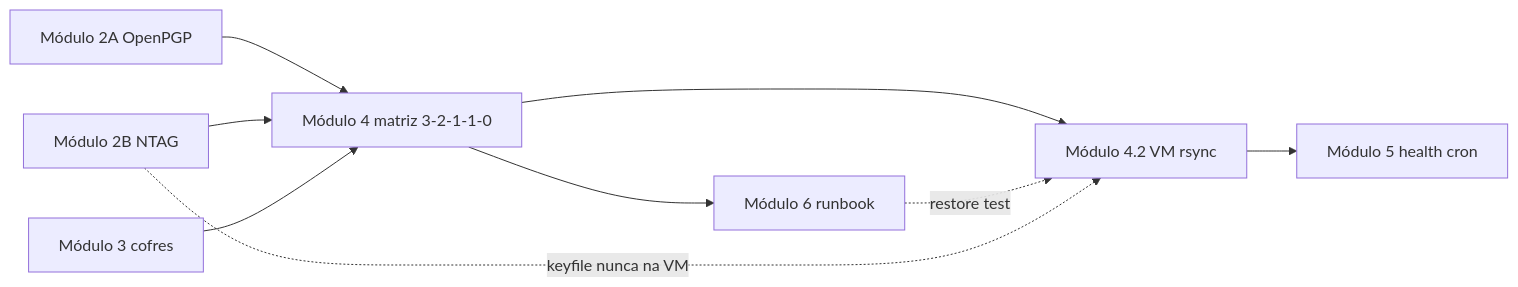
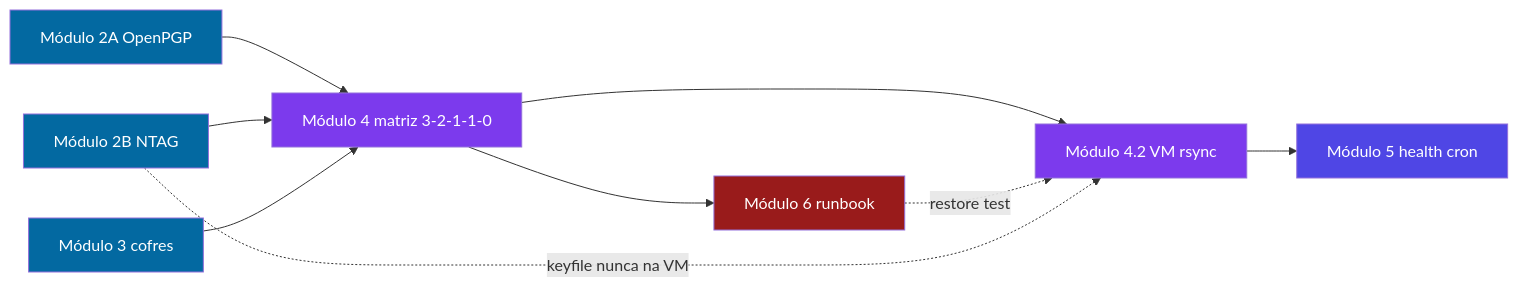
One commit to VIPs-com/Zero-Trust-Core changed the fifth of 9 diagrams in 🎓 Zero-Trust-Core-Expert - Versão 1.0.md. Above: the diagram before and after it, drawn with Mermaid. The commit also changed other lines of this file and 5 other files, not shown here.

First line of the commit message:
Adiciona cores nos diagramas Mermaid e docs/DIAGRAMAS-VISUAIS.md.

````diff
--- a/🎓 Zero-Trust-Core-Expert - Versão 1.0.md
+++ b/🎓 Zero-Trust-Core-Expert - Versão 1.0.md
@@ -424,18 +490,28 @@
 ```mermaid
 flowchart LR
     M2A[Módulo 2A OpenPGP]
     M2B[Módulo 2B NTAG]
     M3[Módulo 3 cofres]
     M4[Módulo 4 matriz 3-2-1-1-0]
     M42[Módulo 4.2 VM rsync]
     M5[Módulo 5 health cron]
     M6[Módulo 6 runbook]
     M2A --> M4
     M2B --> M4
     M3 --> M4
     M4 --> M42
     M42 --> M5
     M4 --> M6
     M6 -.->|restore test| M42
     M2B -.->|keyfile nunca na VM| M42
+
+    classDef origem fill:#0369a1,color:#fff
+    classDef backup fill:#7c3aed,color:#fff
+    classDef ops fill:#4f46e5,color:#fff
+    classDef critico fill:#991b1b,color:#fff
+
+    class M2A,M2B,M3 origem
+    class M4,M42 backup
+    class M5 ops
+    class M6 critico
 ```
````
